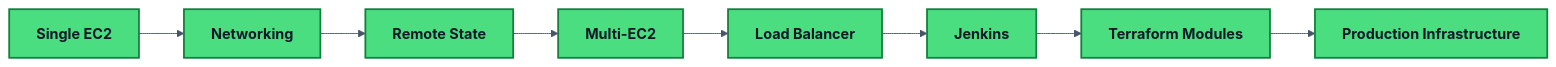
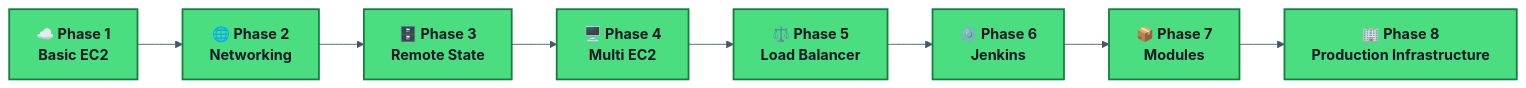
Before and after one commit to anshu-sharma-devops/key-learning-of-cloud-and-devops: the fifth of 5 diagrams in 01-terraform/README.md, drawn with Mermaid. The commit also changed other lines of this file and 4 other files, not shown here.

Commit message:
added the jenkins phase-1

````diff
--- a/01-terraform/README.md
+++ b/01-terraform/README.md
@@ -452,22 +443,31 @@
 ```mermaid
 %%{init:{
 "theme":"base",
 "themeVariables":{
 "primaryTextColor":"#111827",
 "lineColor":"#475569",
 "background":"transparent"
 }}}%%
 
 flowchart LR
-    A["Single EC2"] --> B["Networking"]
-    B --> C["Remote State"]
-    C --> D["Multi-EC2"]
-    D --> E["Load Balancer"]
-    E --> F["Jenkins"]
-    F --> G["Terraform Modules"]
-    G --> H["Production Infrastructure"]
 
-    classDef done fill:#4ADE80,stroke:#15803D,color:#111827,stroke-width:2px,font-weight:bold;
+A["☁️ Phase 1<br/>Basic EC2"]
+-->
+B["🌐 Phase 2<br/>Networking"]
+-->
+C["🗄️ Phase 3<br/>Remote State"]
+-->
+D["🖥️ Phase 4<br/>Multi EC2"]
+-->
+E["⚖️ Phase 5<br/>Load Balancer"]
+-->
+F["⚙️ Phase 6<br/>Jenkins"]
+-->
+G["📦 Phase 7<br/>Modules"]
+-->
+H["🏢 Phase 8<br/>Production Infrastructure"]
 
-    class A,B,C,D,E,F,G,H done;
+classDef done fill:#4ADE80,stroke:#15803D,color:#111827,stroke-width:2px,font-weight:bold;
+
+class A,B,C,D,E,F,G,H done;
 ```
````
